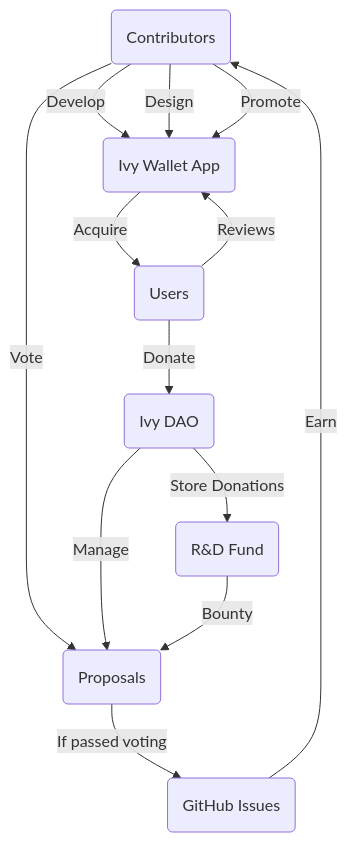
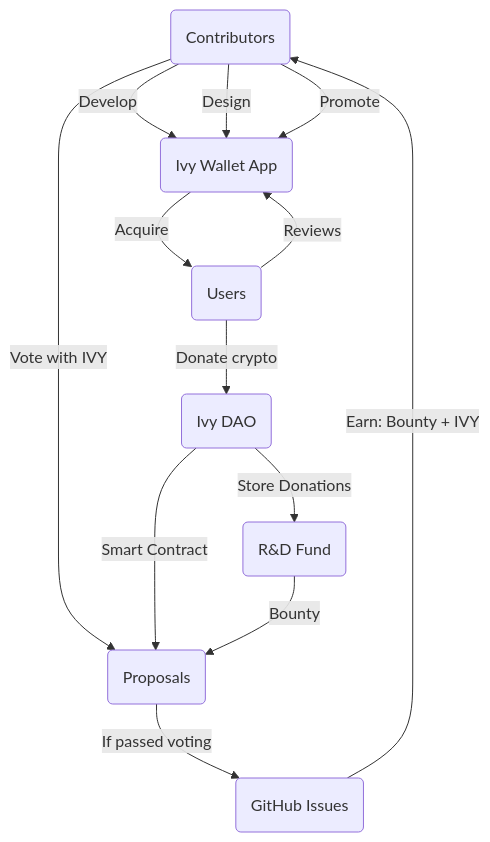
One commit to Ivy-Apps/ivy-wallet changed the diagram in docs/Ivy-Dao.md. Above: the diagram before and after it, drawn with Mermaid.

Commit message:
Add more details about Ivy DAO

````diff
--- a/docs/Ivy-Dao.md
+++ b/docs/Ivy-Dao.md
@@ -4,30 +4,30 @@
 ```mermaid
 graph TD;
     contribs(Contributors)
     users(Users)
     dao(Ivy DAO)
     product(Ivy Wallet App)
 
     dao_dev_fund(R&D Fund)
     dao_proposals(Proposals)
 
     tickets(GitHub Issues)
 
     contribs -- Develop --> product
     contribs -- Design --> product
     contribs -- Promote --> product
-    contribs -- Vote --> dao_proposals
+    contribs -- Vote with IVY --> dao_proposals
 
     product -- Acquire --> users
 
     users -- Reviews --> product
-    users -- Donate --> dao
+    users -- Donate crypto --> dao
 
     dao -- Store Donations --> dao_dev_fund
-    dao -- Manage --> dao_proposals
+    dao -- Smart Contract --> dao_proposals
     dao_dev_fund -- Bounty --> dao_proposals
 
     dao_proposals -- If passed voting --> tickets
-    tickets -- Earn --> contribs
+    tickets -- Earn: Bounty + IVY --> contribs
   
 ```
````
